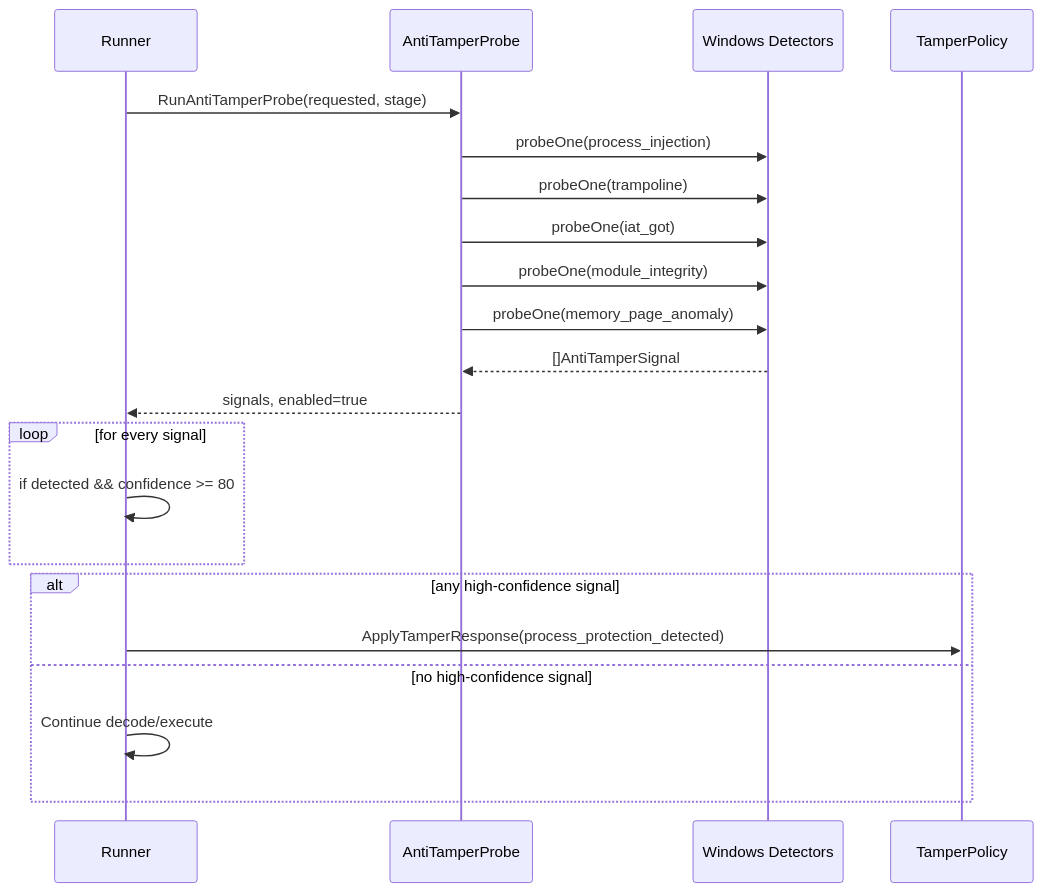
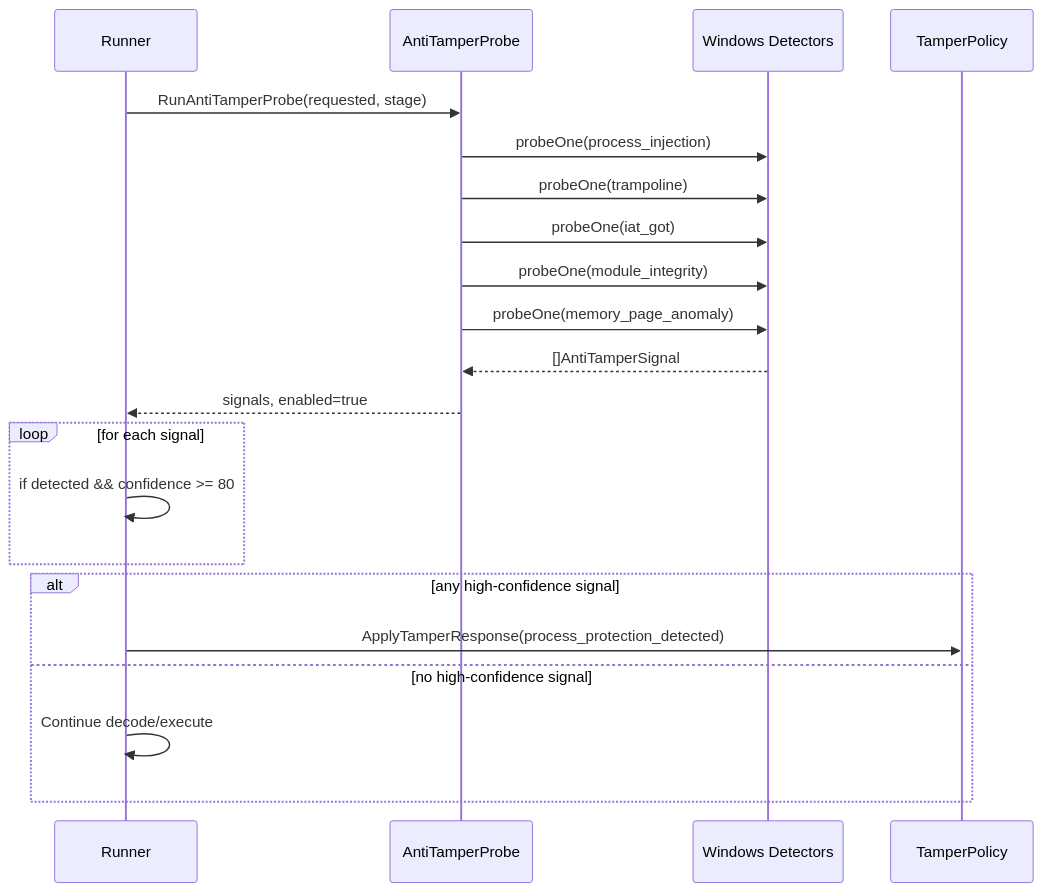
One commit to aoiflux/mudocs changed the first of 4 diagrams in docs/PROCESS_INJECTION_DETECTION_LLD.md. Above: the diagram before and after it, drawn with Mermaid. The commit also changed other lines of this file and 41 other files, not shown here.

````diff
--- a/docs/PROCESS_INJECTION_DETECTION_LLD.md
+++ b/docs/PROCESS_INJECTION_DETECTION_LLD.md
@@ -169,26 +169,26 @@
 ```mermaid
 sequenceDiagram
     participant Runner
     participant Probe as AntiTamperProbe
     participant Win as Windows Detectors
     participant Policy as TamperPolicy
 
     Runner->>Probe: RunAntiTamperProbe(requested, stage)
     Probe->>Win: probeOne(process_injection)
     Probe->>Win: probeOne(trampoline)
     Probe->>Win: probeOne(iat_got)
     Probe->>Win: probeOne(module_integrity)
     Probe->>Win: probeOne(memory_page_anomaly)
     Win-->>Probe: []AntiTamperSignal
     Probe-->>Runner: signals, enabled=true
 
-   loop for every signal
+    loop for each signal
         Runner->>Runner: if detected && confidence >= 80
     end
 
     alt any high-confidence signal
         Runner->>Policy: ApplyTamperResponse(process_protection_detected)
     else no high-confidence signal
         Runner->>Runner: Continue decode/execute
     end
 ```
````
